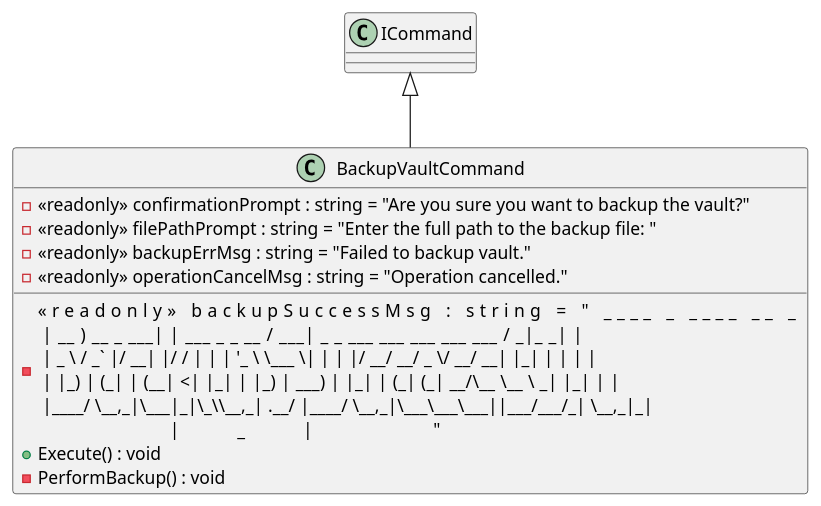
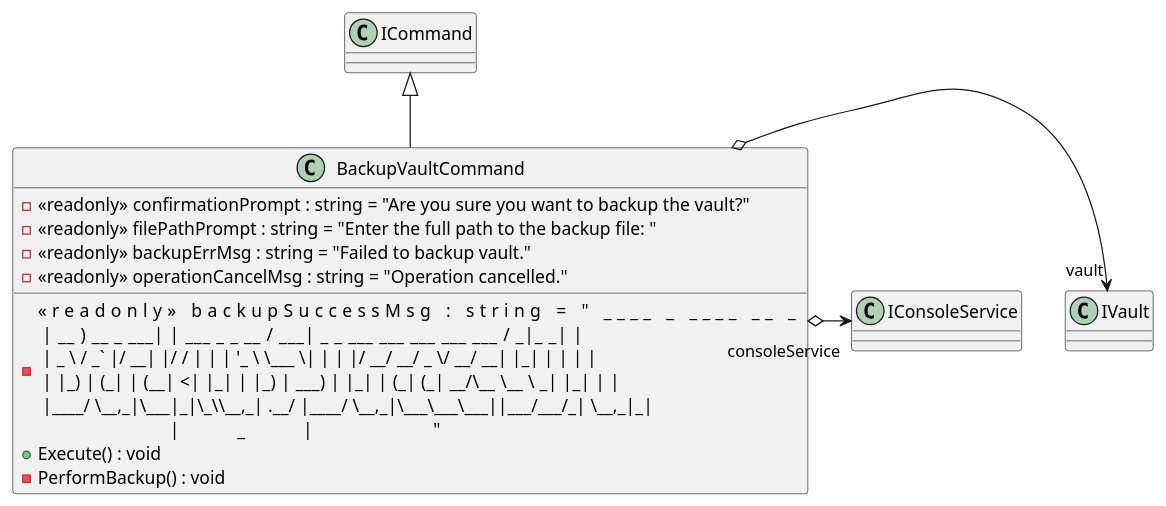
Before and after one commit to BeierKevin/KeyVaultCLI: the diagram in uml/src/KeyVaultCli.Application/Vault/Commands/BackupVault/BackupVaultCommand.puml, drawn with PlantUML. The commit also changed 16 other files, not shown here.

```diff
--- a/uml/src/KeyVaultCli.Application/Vault/Commands/BackupVault/BackupVaultCommand.puml
+++ b/uml/src/KeyVaultCli.Application/Vault/Commands/BackupVault/BackupVaultCommand.puml
@@ -1,12 +1,14 @@
 @startuml
 class BackupVaultCommand {
     - <<readonly>> backupSuccessMsg : string = "  ____             _                  ____                               __       _ \n | __ )  __ _  ___| | ___   _ _ __   / ___| _   _  ___ ___ ___  ___ ___ / _|_   _| |\n |  _ \\ / _` |/ __| |/ / | | | '_ \\  \\___ \\| | | |/ __/ __/ _ \\/ __/ __| |_| | | | |\n | |_) | (_| | (__|   <| |_| | |_) |  ___) | |_| | (_| (_|  __/\\__ \\__ \\  _| |_| | |\n |____/ \\__,_|\\___|_|\\_\\\\__,_| .__/  |____/ \\__,_|\\___\\___\\___||___/___/_|  \\__,_|_|\n                             |_|                                                    "
     - <<readonly>> confirmationPrompt : string = "Are you sure you want to backup the vault?"
     - <<readonly>> filePathPrompt : string = "Enter the full path to the backup file: "
     - <<readonly>> backupErrMsg : string = "Failed to backup vault."
     - <<readonly>> operationCancelMsg : string = "Operation cancelled."
     + Execute() : void
     - PerformBackup() : void
 }
 ICommand <|-- BackupVaultCommand
+BackupVaultCommand o-> "vault" IVault
+BackupVaultCommand o-> "consoleService" IConsoleService
 @enduml
```
